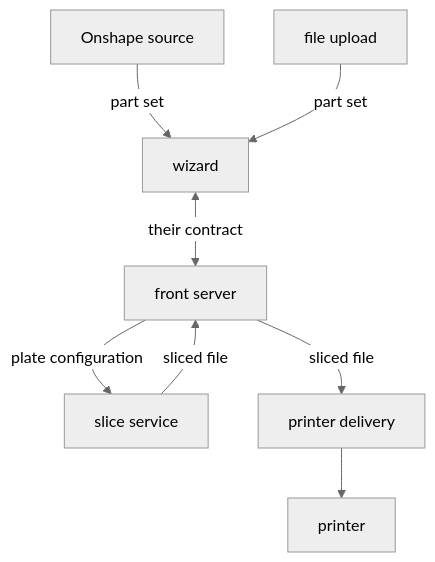
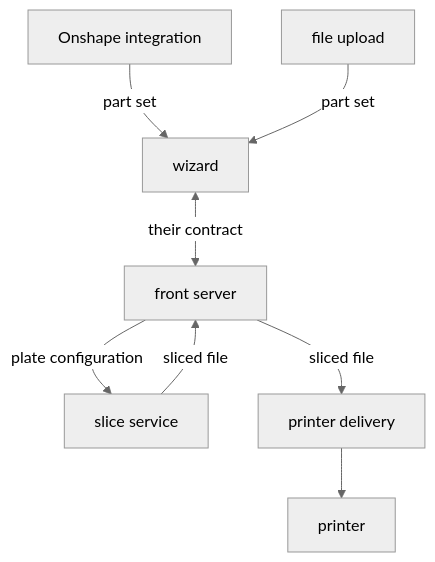
One commit to 6238/PenguinSlicer changed the diagram in docs/plans/penguin-slicer-plan.md. Above: the diagram before and after it, drawn with Mermaid (neutral theme). The commit also changed other lines of this file and 23 other files, not shown here.

````diff
--- a/docs/plans/penguin-slicer-plan.md
+++ b/docs/plans/penguin-slicer-plan.md
@@ -138,10 +145,10 @@
 ```mermaid
 flowchart TB
-    on["Onshape source"] -->|"part set"| wz["wizard"]
+    on["Onshape integration"] -->|"part set"| wz["wizard"]
     up["file upload"] -->|"part set"| wz
     wz <-->|"their contract"| fr["front server"]
     fr -->|"plate configuration"| sl["slice service"]
     sl -->|"sliced file"| fr
     fr -->|"sliced file"| de["printer delivery"]
     de --> pr["printer"]
 ```
````
